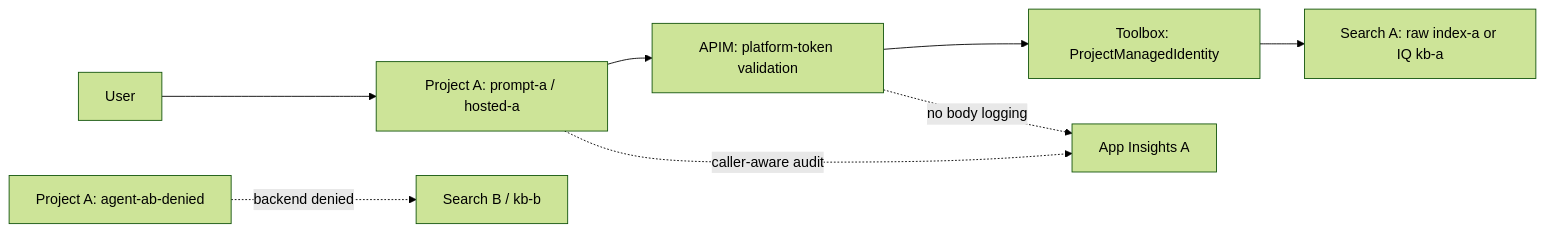
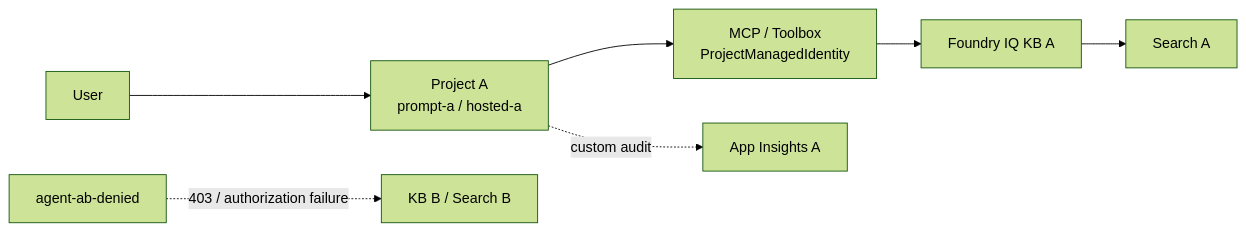
One commit to yelghali/foundry-agents-toolbox-ai-gateway changed the first of 3 diagrams in README.md. Above: the diagram before and after it, drawn with Mermaid (forest theme). The commit also changed other lines of this file, not shown here.

Commit message:
docs: shorten identity lab readme

````diff
--- a/README.md
+++ b/README.md
@@ -115,10 +38,9 @@
 ```mermaid
 flowchart LR
-    U[User] --> AG["Project A: prompt-a / hosted-a"]
-    AG --> G["APIM: platform-token validation"]
-    G --> T["Toolbox: ProjectManagedIdentity"]
-    T --> S["Search A: raw index-a or IQ kb-a"]
-    AB["Project A: agent-ab-denied"] -. "backend denied" .-> B["Search B / kb-b"]
-    AG -. "caller-aware audit" .-> L["App Insights A"]
-    G -. "no body logging" .-> L
+    U[User] --> A["Project A<br/>prompt-a / hosted-a"]
+    A --> T["MCP / Toolbox<br/>ProjectManagedIdentity"]
+    T --> KA["Foundry IQ KB A"]
+    KA --> SA["Search A"]
+    AB["agent-ab-denied"] -. "403 / authorization failure" .-> KB["KB B / Search B"]
+    A -. "custom audit" .-> AI["App Insights A"]
 ```
````
